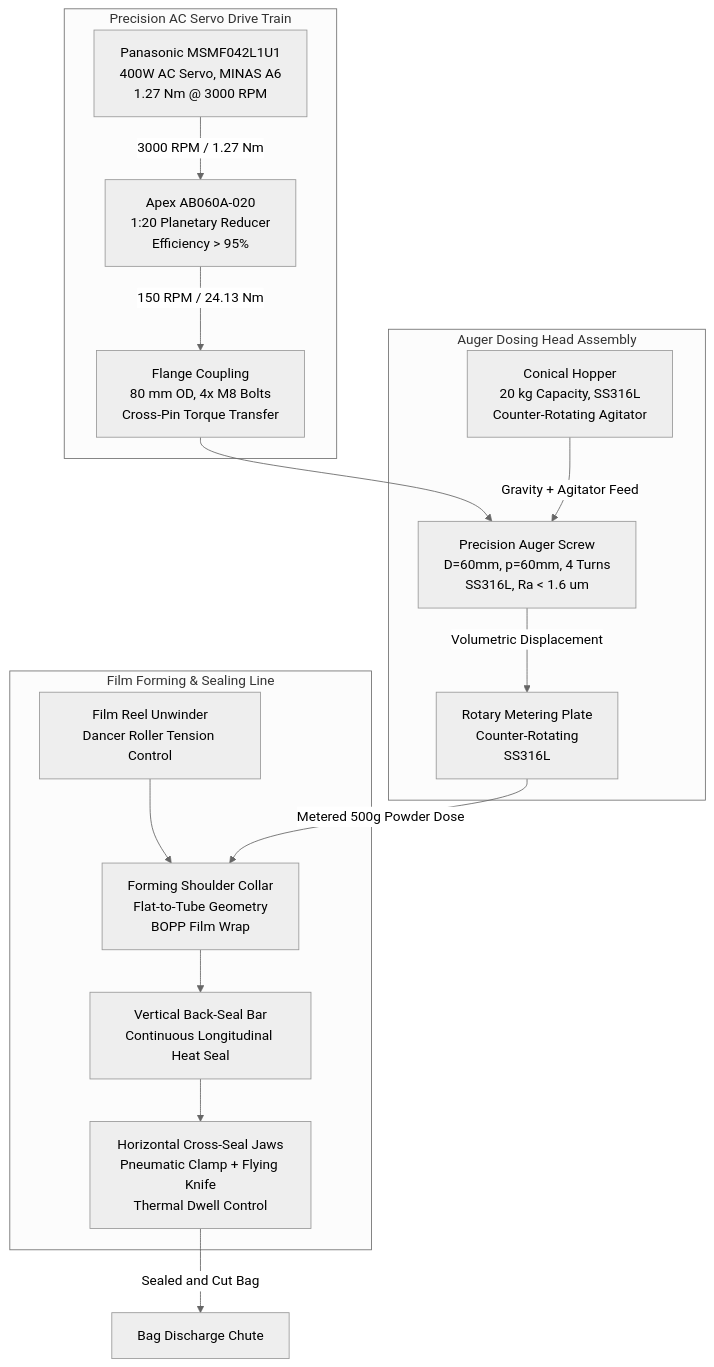
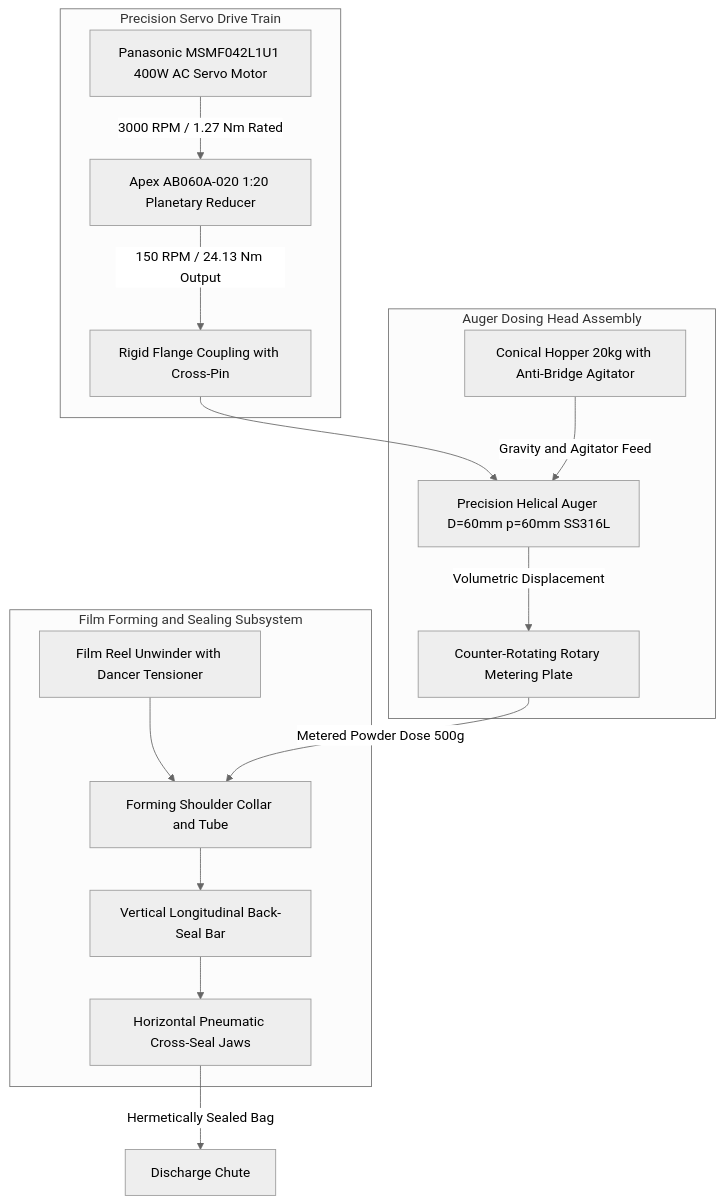
One commit to Hassan-Moqbel/auger-filler-vffs-packaging-machine changed the first of 2 diagrams in README.md. Above: the diagram before and after it, drawn with Mermaid (neutral theme). The commit also changed other lines of this file, not shown here.

Commit message:
fix(docs): eliminate mermaid render crash and blank container issues

````diff
--- a/README.md
+++ b/README.md
@@ -60,32 +60,32 @@
 ```mermaid
 flowchart TD
-    subgraph ServoDrive["Precision AC Servo Drive Train"]
-        SERVO["Panasonic MSMF042L1U1<br/>400W AC Servo, MINAS A6<br/>1.27 Nm @ 3000 RPM"]
-        GEARBOX["Apex AB060A-020<br/>1:20 Planetary Reducer<br/>Efficiency > 95%"]
-        COUPLING["Flange Coupling<br/>80 mm OD, 4x M8 Bolts<br/>Cross-Pin Torque Transfer"]
-        SERVO -->|"3000 RPM / 1.27 Nm"| GEARBOX
-        GEARBOX -->|"150 RPM / 24.13 Nm"| COUPLING
+    subgraph DriveTrain[Precision Servo Drive Train]
+        SERVO[Panasonic MSMF042L1U1 400W AC Servo Motor]
+        GEARBOX[Apex AB060A-020 1:20 Planetary Reducer]
+        COUPLING[Rigid Flange Coupling with Cross-Pin]
+        SERVO -->|3000 RPM / 1.27 Nm Rated| GEARBOX
+        GEARBOX -->|150 RPM / 24.13 Nm Output| COUPLING
     end
 
-    subgraph AugerHead["Auger Dosing Head Assembly"]
-        HOPPER["Conical Hopper<br/>20 kg Capacity, SS316L<br/>Counter-Rotating Agitator"]
-        AUGER["Precision Auger Screw<br/>D=60mm, p=60mm, 4 Turns<br/>SS316L, Ra < 1.6 um"]
-        PLATE["Rotary Metering Plate<br/>Counter-Rotating<br/>SS316L"]
+    subgraph DosingHead[Auger Dosing Head Assembly]
+        HOPPER[Conical Hopper 20kg with Anti-Bridge Agitator]
+        AUGER[Precision Helical Auger D=60mm p=60mm SS316L]
+        PLATE[Counter-Rotating Rotary Metering Plate]
         COUPLING --> AUGER
-        HOPPER -->|"Gravity + Agitator Feed"| AUGER
-        AUGER -->|"Volumetric Displacement"| PLATE
+        HOPPER -->|Gravity and Agitator Feed| AUGER
+        AUGER -->|Volumetric Displacement| PLATE
     end
 
-    subgraph FilmSystem["Film Forming & Sealing Line"]
-        UNWIND["Film Reel Unwinder<br/>Dancer Roller Tension Control"]
-        FORMER["Forming Shoulder Collar<br/>Flat-to-Tube Geometry<br/>BOPP Film Wrap"]
-        VSEAL["Vertical Back-Seal Bar<br/>Continuous Longitudinal Heat Seal"]
-        HSEAL["Horizontal Cross-Seal Jaws<br/>Pneumatic Clamp + Flying Knife<br/>Thermal Dwell Control"]
+    subgraph FilmForming[Film Forming and Sealing Subsystem]
+        UNWIND[Film Reel Unwinder with Dancer Tensioner]
+        FORMER[Forming Shoulder Collar and Tube]
+        VSEAL[Vertical Longitudinal Back-Seal Bar]
+        HSEAL[Horizontal Pneumatic Cross-Seal Jaws]
         UNWIND --> FORMER
         FORMER --> VSEAL
         VSEAL --> HSEAL
     end
 
-    PLATE -->|"Metered 500g Powder Dose"| FORMER
-    HSEAL -->|"Sealed and Cut Bag"| DISCHARGE["Bag Discharge Chute"]
+    PLATE -->|Metered Powder Dose 500g| FORMER
+    HSEAL -->|Hermetically Sealed Bag| DISCHARGE[Discharge Chute]
 ```
````
